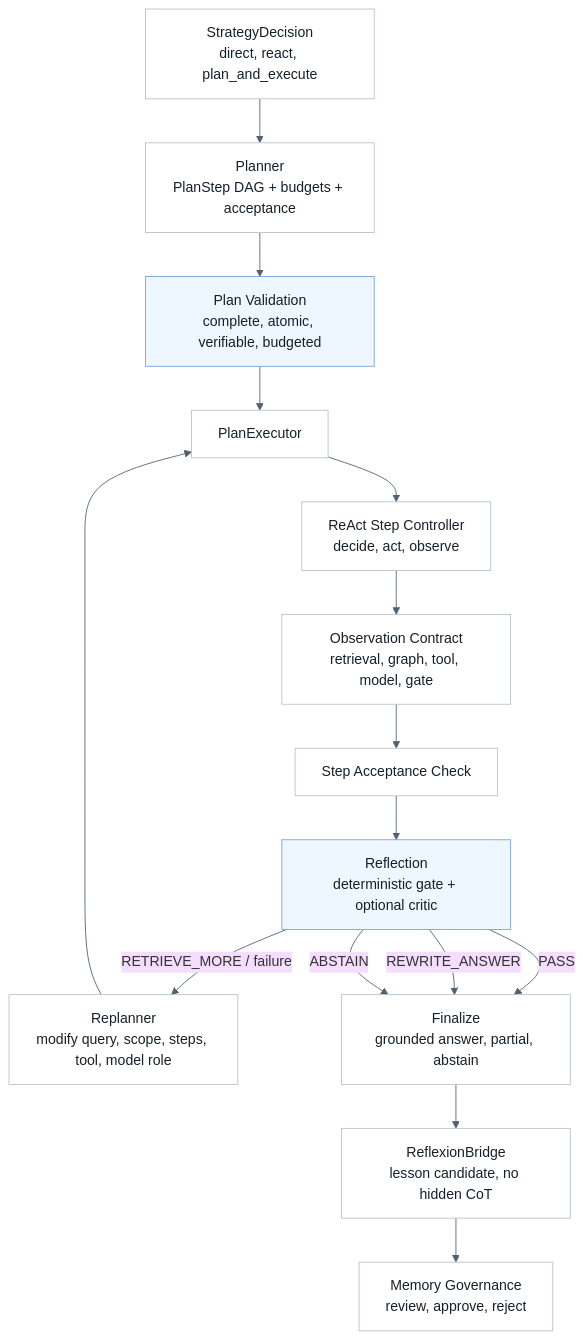
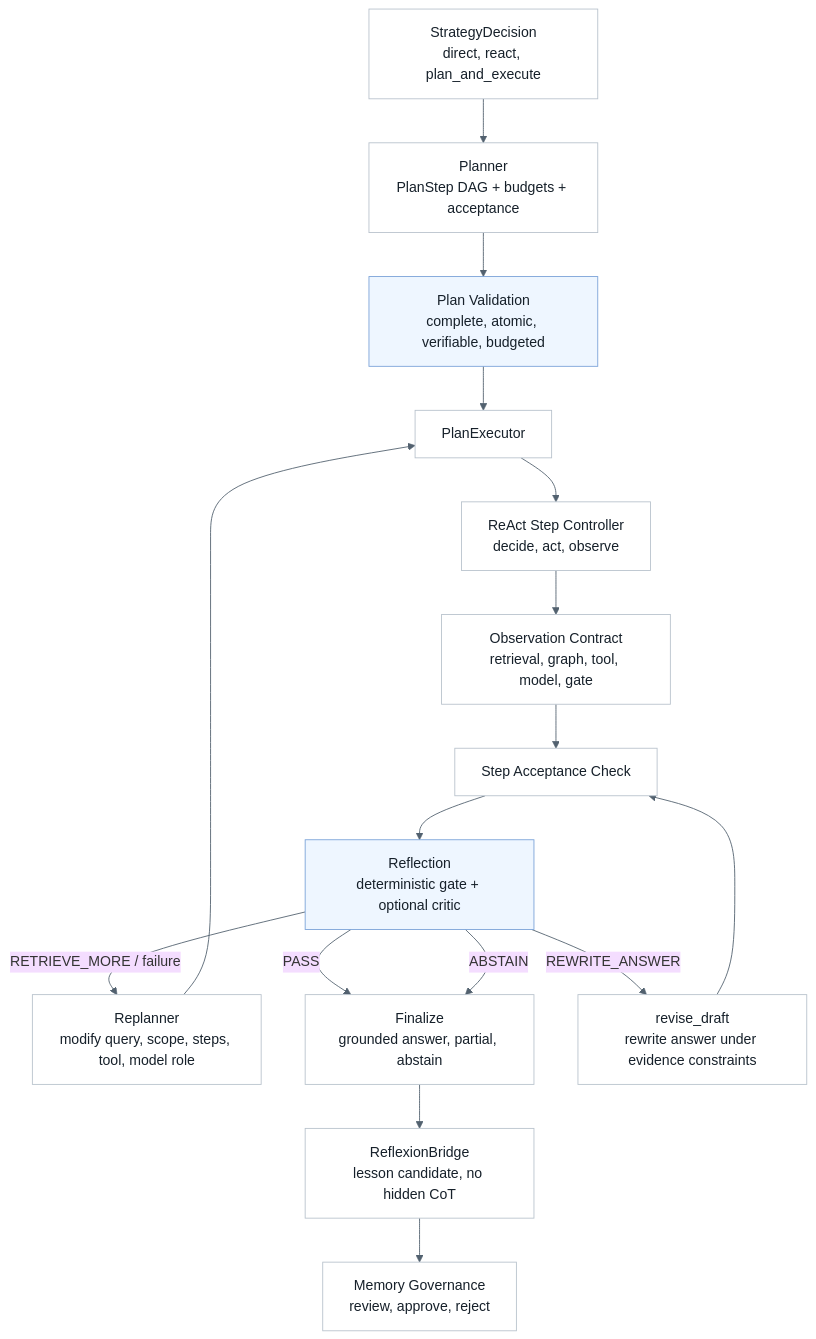
The tenth of 16 diagrams in docs/architecture/architecture.md (ProfessorZhi/Zuno), drawn with Mermaid before and after one commit. The commit also changed other lines of this file and 7 other files, not shown here.

Commit message:
Harden offline architecture topology rendering

````diff
--- a/docs/architecture/architecture.md
+++ b/docs/architecture/architecture.md
@@ -943,30 +944,32 @@
 ```mermaid
 %%{init: {"theme": "base", "themeVariables": {"background": "#f7f8fb", "lineColor": "#52616f"}}}%%
 flowchart TB
   classDef node fill:#ffffff,stroke:#b8c2cc,stroke-width:1px,color:#16202a;
   classDef gate fill:#eef6ff,stroke:#7aa2d8,stroke-width:1px,color:#16202a;
   classDef target fill:#fff8e8,stroke:#d2a44a,stroke-width:1px,color:#16202a;
 
   Strategy["StrategyDecision<br/>direct, react, plan_and_execute"]
   Planner["Planner<br/>PlanStep DAG + budgets + acceptance"]
   Validate["Plan Validation<br/>complete, atomic, verifiable, budgeted"]
   Executor["PlanExecutor"]
   ReAct["ReAct Step Controller<br/>decide, act, observe"]
   Observation["Observation Contract<br/>retrieval, graph, tool, model, gate"]
   StepCheck["Step Acceptance Check"]
   Reflection["Reflection<br/>deterministic gate + optional critic"]
   Replan["Replanner<br/>modify query, scope, steps, tool, model role"]
   Reflexion["ReflexionBridge<br/>lesson candidate, no hidden CoT"]
   Memory["Memory Governance<br/>review, approve, reject"]
   Final["Finalize<br/>grounded answer, partial, abstain"]
 
   Strategy --> Planner --> Validate --> Executor --> ReAct --> Observation --> StepCheck --> Reflection
+  Revise["revise_draft<br/>rewrite answer under evidence constraints"]
+
   Reflection -->|PASS| Final
-  Reflection -->|REWRITE_ANSWER| Final
+  Reflection -->|REWRITE_ANSWER| Revise --> StepCheck
   Reflection -->|RETRIEVE_MORE / failure| Replan --> Executor
   Reflection -->|ABSTAIN| Final
   Final --> Reflexion --> Memory
 
-  class Strategy,Planner,Executor,ReAct,Observation,StepCheck,Replan,Reflexion,Memory,Final node;
+  class Strategy,Planner,Executor,ReAct,Observation,StepCheck,Replan,Reflexion,Memory,Final,Revise node;
   class Validate,Reflection gate;
 ```
````
